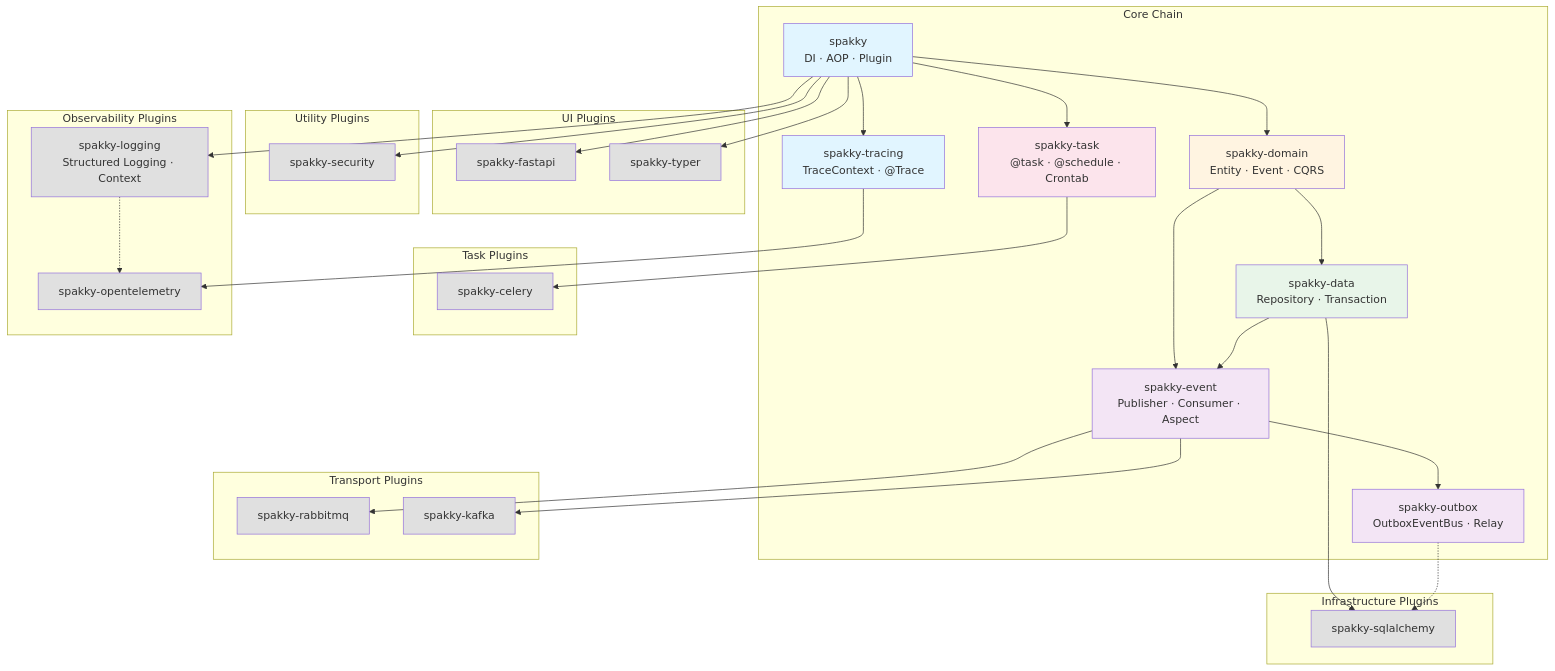
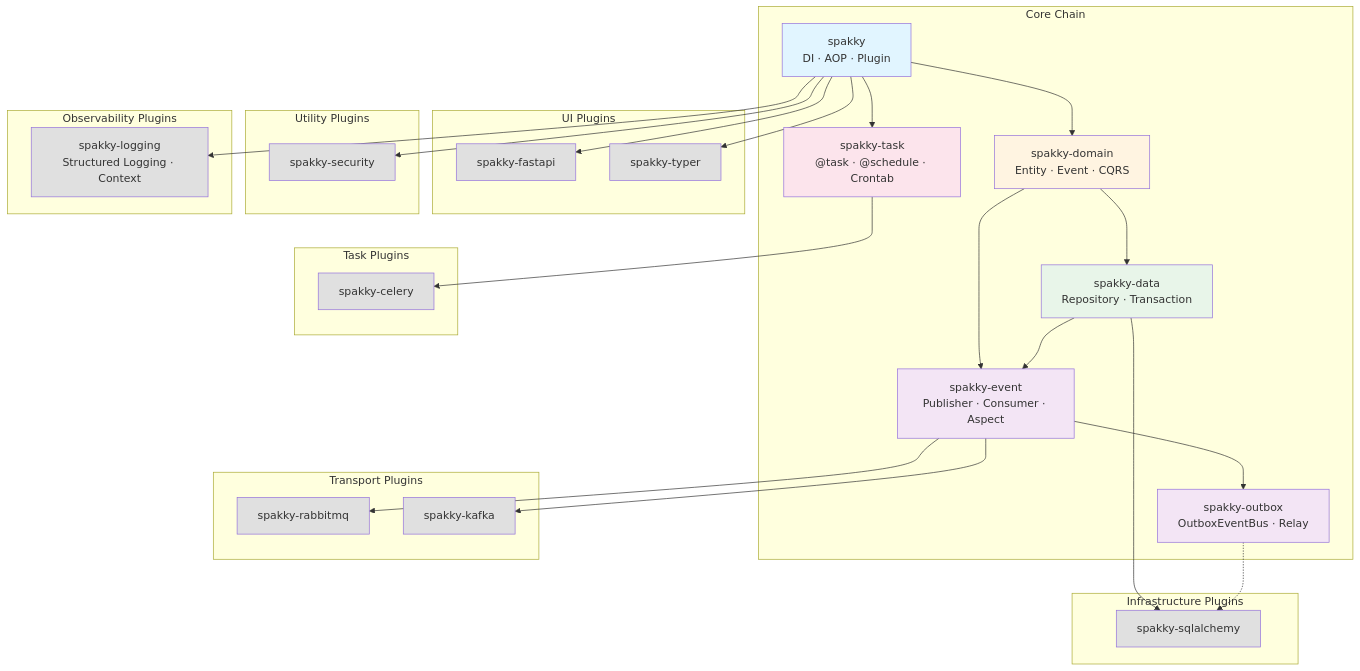
The first of 2 diagrams in ARCHITECTURE.md (E5presso/spakky-framework), drawn with Mermaid before and after one commit. The commit also changed other lines of this file and 3 other files, not shown here.

````diff
--- a/ARCHITECTURE.md
+++ b/ARCHITECTURE.md
@@ -52,80 +50,72 @@
 ```mermaid
 graph TB
     subgraph "Core Chain"
         core[spakky<br/>DI · AOP · Plugin]
-        tracing_pkg[spakky-tracing<br/>TraceContext · @Trace]
         domain[spakky-domain<br/>Entity · Event · CQRS]
         data[spakky-data<br/>Repository · Transaction]
         event[spakky-event<br/>Publisher · Consumer · Aspect]
         outbox[spakky-outbox<br/>OutboxEventBus · Relay]
         task_pkg["spakky-task<br/>@task · @schedule · Crontab"]
     end
 
     subgraph "UI Plugins"
         fastapi[spakky-fastapi]
         typer[spakky-typer]
     end
 
     subgraph "Utility Plugins"
         security[spakky-security]
     end
 
     subgraph "Transport Plugins"
         rabbitmq[spakky-rabbitmq]
         kafka[spakky-kafka]
     end
 
     subgraph "Infrastructure Plugins"
         sqlalchemy[spakky-sqlalchemy]
     end
 
     subgraph "Task Plugins"
         celery_plugin[spakky-celery]
     end
 
     subgraph "Observability Plugins"
         logging_pkg[spakky-logging<br/>Structured Logging · Context]
-        opentelemetry[spakky-opentelemetry]
     end
 
     core --> logging_pkg
-    core --> tracing_pkg
     core --> domain
     domain --> data
     domain --> event
     data --> event
     event --> outbox
     core --> task_pkg
 
     core --> fastapi
     core --> typer
     core --> security
 
     event --> rabbitmq
     event --> kafka
 
     task_pkg --> celery_plugin
-
-    tracing_pkg --> opentelemetry
-    logging_pkg -.-> opentelemetry
 
     data --> sqlalchemy
     outbox -.-> sqlalchemy
 
     style core fill:#e1f5ff
     style logging_pkg fill:#e0e0e0
     style domain fill:#fff4e1
     style data fill:#e8f5e9
     style event fill:#f3e5f5
     style outbox fill:#f3e5f5
     style task_pkg fill:#fce4ec
     style fastapi fill:#e0e0e0
     style typer fill:#e0e0e0
     style security fill:#e0e0e0
     style rabbitmq fill:#e0e0e0
     style kafka fill:#e0e0e0
     style sqlalchemy fill:#e0e0e0
-    style tracing_pkg fill:#e1f5ff
     style celery_plugin fill:#e0e0e0
-    style opentelemetry fill:#e0e0e0
 ```
````
